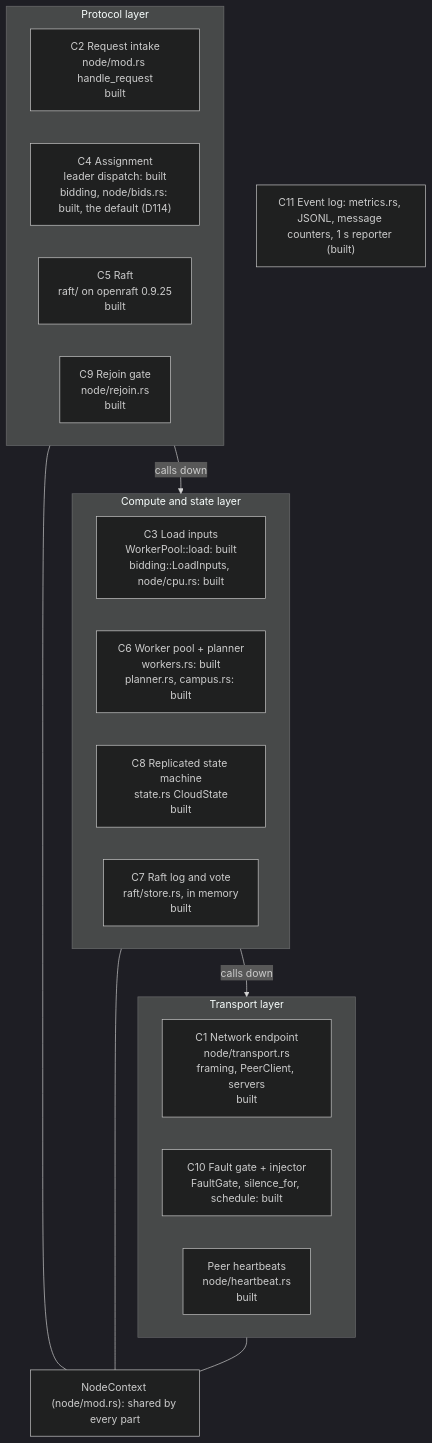
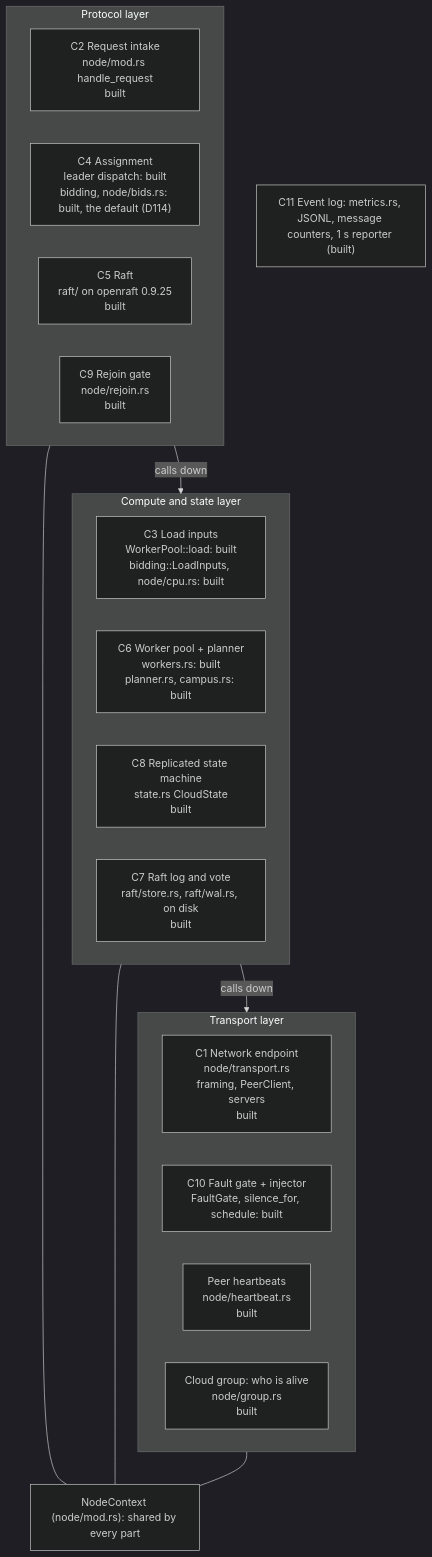
One commit to noortaytoy1/DistributedSystems changed the third of 43 diagrams in docs/architecture.md. Above: the diagram before and after it, drawn with Mermaid (dark theme). The commit also changed other lines of this file and 7 other files, not shown here.

````diff
--- a/docs/architecture.md
+++ b/docs/architecture.md
@@ -131,30 +202,31 @@
 ```mermaid
 flowchart TB
     subgraph TR["Transport layer"]
         direction LR
         C1["C1 Network endpoint<br/>node/transport.rs<br/>framing, PeerClient, servers<br/>built"]
         C10["C10 Fault gate + injector<br/>FaultGate, silence_for, schedule: built"]
         HB["Peer heartbeats<br/>node/heartbeat.rs<br/>built"]
+        GRP["Cloud group: who is alive<br/>node/group.rs<br/>built"]
     end
     subgraph PR["Protocol layer"]
         direction LR
         C2["C2 Request intake<br/>node/mod.rs handle_request<br/>built"]
         C4["C4 Assignment<br/>leader dispatch: built<br/>bidding, node/bids.rs: built, the default (D114)"]
         C5["C5 Raft<br/>raft/ on openraft 0.9.25<br/>built"]
         C9["C9 Rejoin gate<br/>node/rejoin.rs<br/>built"]
     end
     subgraph CS["Compute and state layer"]
         direction LR
         C3["C3 Load inputs<br/>WorkerPool::load: built<br/>bidding::LoadInputs, node/cpu.rs: built"]
         C6["C6 Worker pool + planner<br/>workers.rs: built<br/>planner.rs, campus.rs: built"]
         C8["C8 Replicated state machine<br/>state.rs CloudState<br/>built"]
-        C7["C7 Raft log and vote<br/>raft/store.rs, in memory<br/>built"]
+        C7["C7 Raft log and vote<br/>raft/store.rs, raft/wal.rs, on disk<br/>built"]
     end
     C11["C11 Event log: metrics.rs, JSONL, message counters, 1 s reporter (built)"]
     CTX["NodeContext (node/mod.rs): shared by every part"]
-    PR -->|calls down| CS
-    CS -->|calls down| TR
+    PR -->|"calls down"| CS
+    CS -->|"calls down"| TR
     PR --- CTX
     CS --- CTX
     TR --- CTX
 ```
````
